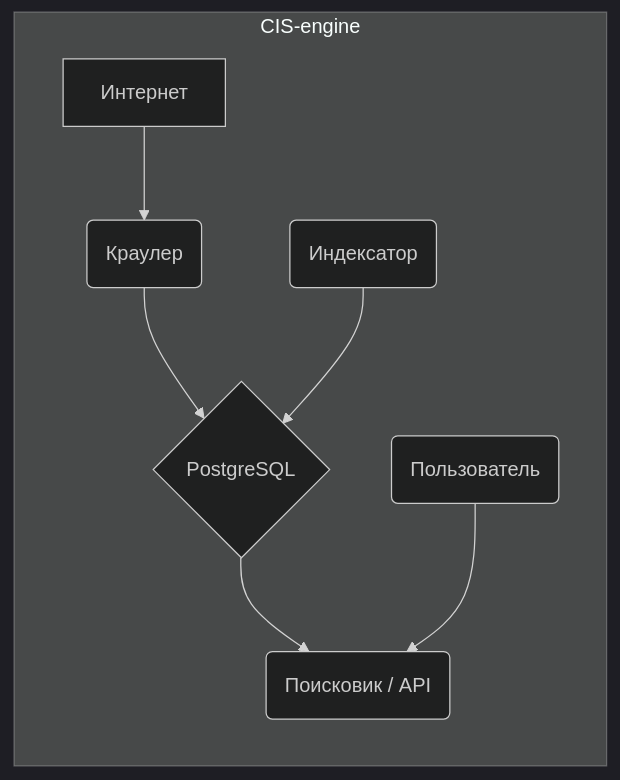
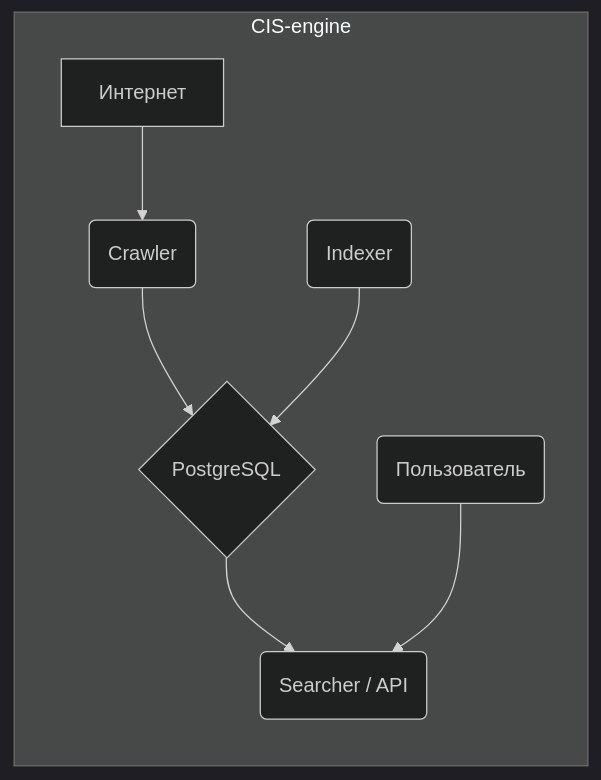
The diagram in README.md (Cuga77/CIS-engine), drawn with Mermaid (dark theme) before and after one commit. The commit also changed other lines of this file, not shown here.

````diff
--- a/README.md
+++ b/README.md
@@ -18,10 +20,10 @@
 ```mermaid
 graph LR
     subgraph CIS-engine
-        A[Интернет] --> B(Краулер);
+        A[Интернет] --> B(Crawler);
         B --> C{PostgreSQL};
-        D(Индексатор) --> C;
-        C --> E(Поисковик / API);
+        D(Indexer) --> C;
+        C --> E(Searcher / API);
         F(Пользователь) --> E;
     end
 ```
````
